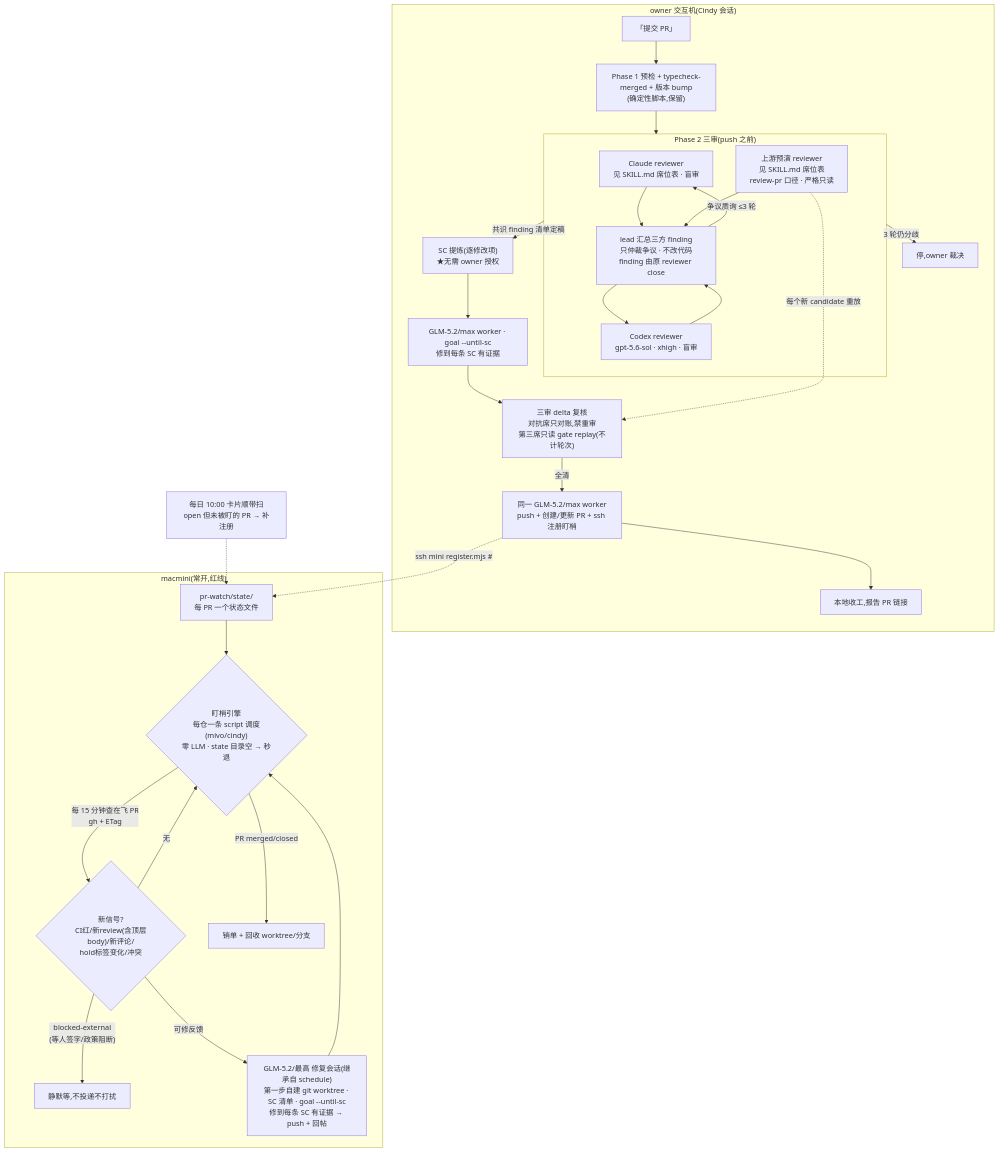
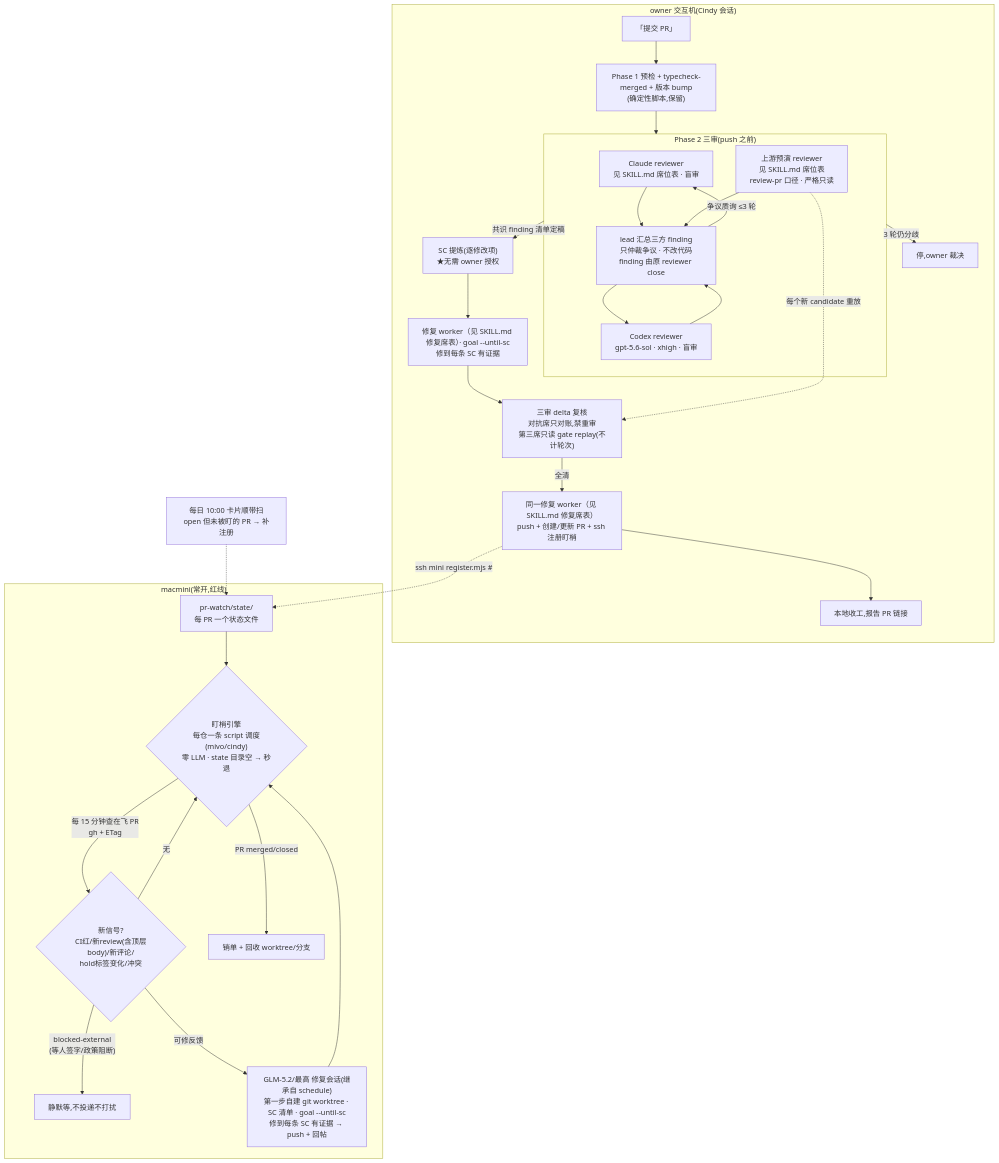
Before and after one commit to PraiseZhu/pr-autopilot: the diagram in docs/plan.md, drawn with Mermaid. The commit also changed other lines of this file and 10 other files, not shown here.

````diff
--- a/docs/plan.md
+++ b/docs/plan.md
@@ -51,43 +51,43 @@
 ```mermaid
 flowchart TD
     subgraph LOCAL["owner 交互机(Cindy 会话)"]
         T["「提交 PR」"] --> P1["Phase 1 预检 + typecheck-merged + 版本 bump<br/>(确定性脚本,保留)"]
         P1 --> DR
 
         subgraph DR["Phase 2 三审(push 之前)"]
             W1["Claude reviewer<br/>见 SKILL.md 席位表 · 盲审"] 
             W2["Codex reviewer<br/>gpt-5.6-sol · xhigh · 盲审"]
             W3["上游预演 reviewer<br/>见 SKILL.md 席位表<br/>review-pr 口径 · 严格只读"]
             LEAD["lead 汇总三方 finding<br/>只仲裁争议 · 不改代码<br/>finding 由原 reviewer close"]
             W1 --> LEAD
             W2 --> LEAD
             W3 --> LEAD
             LEAD -->|"争议质询 ≤3 轮"| W1
             LEAD --> W2
         end
 
         DR -->|"共识 finding 清单定稿"| SCX["SC 提炼(逐修改项)<br/>★无需 owner 授权"]
-        SCX --> FIXW["GLM-5.2/max worker · goal --until-sc<br/>修到每条 SC 有证据"]
+        SCX --> FIXW["修复 worker（见 SKILL.md 修复席表）· goal --until-sc<br/>修到每条 SC 有证据"]
         FIXW --> DELTA["三审 delta 复核<br/>对抗席只对账,禁重审<br/>第三席只读 gate replay(不计轮次)"]
         W3 -.->|"每个新 candidate 重放"| DELTA
-        DELTA -->|"全清"| PUSHW["同一 GLM-5.2/max worker<br/>push + 创建/更新 PR + ssh 注册盯梢"]
+        DELTA -->|"全清"| PUSHW["同一修复 worker（见 SKILL.md 修复席表）<br/>push + 创建/更新 PR + ssh 注册盯梢"]
         DR -->|"3 轮仍分歧"| HALT["停,owner 裁决"]
         PUSHW --> DONE["本地收工,报告 PR 链接"]
     end
 
     PUSHW -.->|"ssh mini register.mjs <repo>#<N>"| WL
 
     subgraph MINI["macmini(常开,红线)"]
         WL["pr-watch/state/<br/>每 PR 一个状态文件"] --> ENG
         ENG{"盯梢引擎<br/>每仓一条 script 调度(mivo/cindy)<br/>零 LLM · state 目录空 → 秒退"}
         ENG -->|"每 15 分钟查在飞 PR<br/>gh + ETag"| SIG
         SIG{"新信号?<br/>CI红/新review(含顶层body)/新评论/<br/>hold标签变化/冲突"}
         SIG -->|"无"| ENG
         SIG -->|"blocked-external<br/>(等人签字/政策阻断)"| WAIT["静默等,不投递不打扰"]
         SIG -->|"可修反馈"| FIX["GLM-5.2/最高 修复会话(继承自 schedule)<br/>第一步自建 git worktree · SC 清单 · goal --until-sc<br/>修到每条 SC 有证据 → push + 回帖"]
         FIX --> ENG
         ENG -->|"PR merged/closed"| CLEAN["销单 + 回收 worktree/分支"]
     end
 
     DIGEST["每日 10:00 卡片顺带扫<br/>open 但未被盯的 PR → 补注册"] -.-> WL
 ```
````
